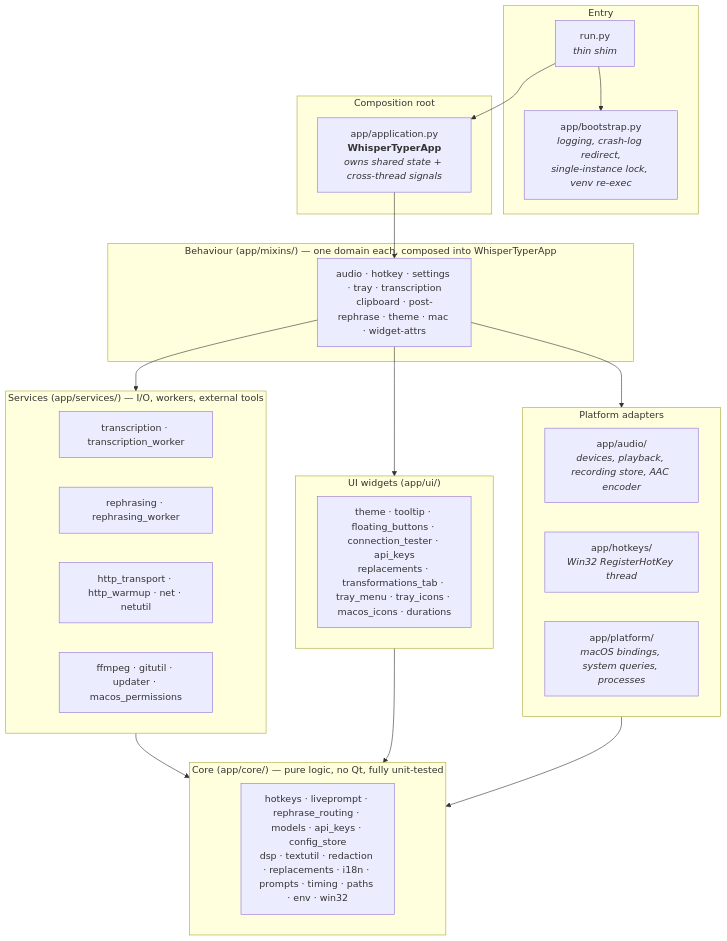
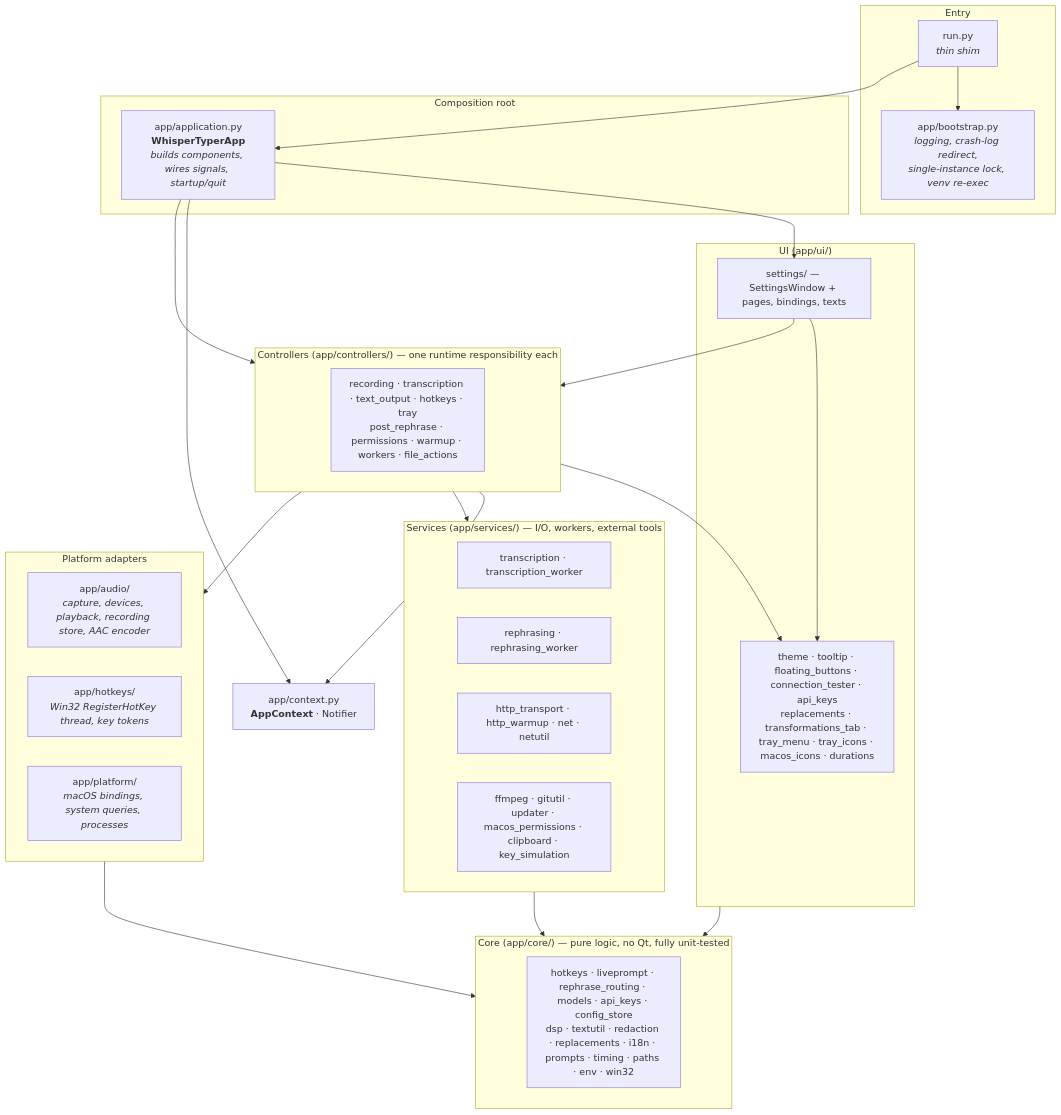
One commit to bjspi/WhisperTyper changed the first of 2 diagrams in docs/ARCHITECTURE.md. Above: the diagram before and after it, drawn with Mermaid. The commit also changed other lines of this file and 37 other files, not shown here.

First line of the commit message:
refactor: compose the application from controllers and a settings window

````diff
--- a/docs/ARCHITECTURE.md
+++ b/docs/ARCHITECTURE.md
@@ -15,46 +15,54 @@
 ```mermaid
 flowchart TB
     subgraph entry ["Entry"]
         RUN["run.py<br/><i>thin shim</i>"]
         BOOT["app/bootstrap.py<br/><i>logging, crash-log redirect,<br/>single-instance lock, venv re-exec</i>"]
     end
 
     subgraph comp ["Composition root"]
-        APP["app/application.py<br/><b>WhisperTyperApp</b><br/><i>owns shared state + cross-thread signals</i>"]
+        APP["app/application.py<br/><b>WhisperTyperApp</b><br/><i>builds components, wires signals, startup/quit</i>"]
     end
 
-    subgraph mixins ["Behaviour (app/mixins/) — one domain each, composed into WhisperTyperApp"]
-        MIX["audio · hotkey · settings · tray · transcription<br/>clipboard · post-rephrase · theme · mac · widget-attrs"]
+    subgraph controllers ["Controllers (app/controllers/) — one runtime responsibility each"]
+        CTRL["recording · transcription · text_output · hotkeys · tray<br/>post_rephrase · permissions · warmup · workers · file_actions"]
+    end
+
+    subgraph ui ["UI (app/ui/)"]
+        SET["settings/ — SettingsWindow + pages, bindings, texts"]
+        UIW["theme · tooltip · floating_buttons · connection_tester · api_keys<br/>replacements · transformations_tab · tray_menu · tray_icons · macos_icons · durations"]
     end
 
     subgraph services ["Services (app/services/) — I/O, workers, external tools"]
         TW["transcription · transcription_worker"]
         RW["rephrasing · rephrasing_worker"]
         NET["http_transport · http_warmup · net · netutil"]
-        TOOLS["ffmpeg · gitutil · updater · macos_permissions"]
-    end
-
-    subgraph ui ["UI widgets (app/ui/)"]
-        UIW["theme · tooltip · floating_buttons · connection_tester · api_keys<br/>replacements · transformations_tab · tray_menu · tray_icons · macos_icons · durations"]
+        TOOLS["ffmpeg · gitutil · updater · macos_permissions · clipboard · key_simulation"]
     end
 
     subgraph platform ["Platform adapters"]
-        AUD["app/audio/<br/><i>devices, playback, recording store, AAC encoder</i>"]
-        HK["app/hotkeys/<br/><i>Win32 RegisterHotKey thread</i>"]
+        AUD["app/audio/<br/><i>capture, devices, playback, recording store, AAC encoder</i>"]
+        HK["app/hotkeys/<br/><i>Win32 RegisterHotKey thread, key tokens</i>"]
         OS["app/platform/<br/><i>macOS bindings, system queries, processes</i>"]
     end
 
     subgraph core ["Core (app/core/) — pure logic, no Qt, fully unit-tested"]
         CORE["hotkeys · liveprompt · rephrase_routing · models · api_keys · config_store<br/>dsp · textutil · redaction · replacements · i18n · prompts · timing · paths · env · win32"]
     end
 
+    CTX["app/context.py<br/><b>AppContext</b> · Notifier"]
+
     RUN --> BOOT
     RUN --> APP
-    APP --> MIX
-    MIX --> services
-    MIX --> ui
-    MIX --> platform
+    APP --> controllers
+    APP --> SET
+    APP --> CTX
+    SET --> controllers
+    controllers --> CTX
+    controllers --> services
+    controllers --> platform
+    controllers --> UIW
+    SET --> UIW
     services --> core
     ui --> core
     platform --> core
 ```
````
